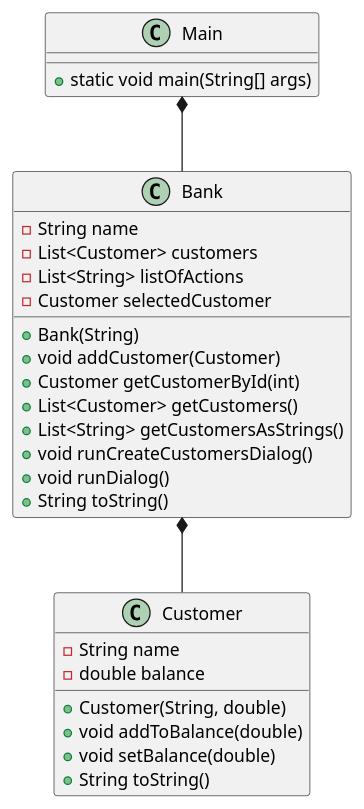
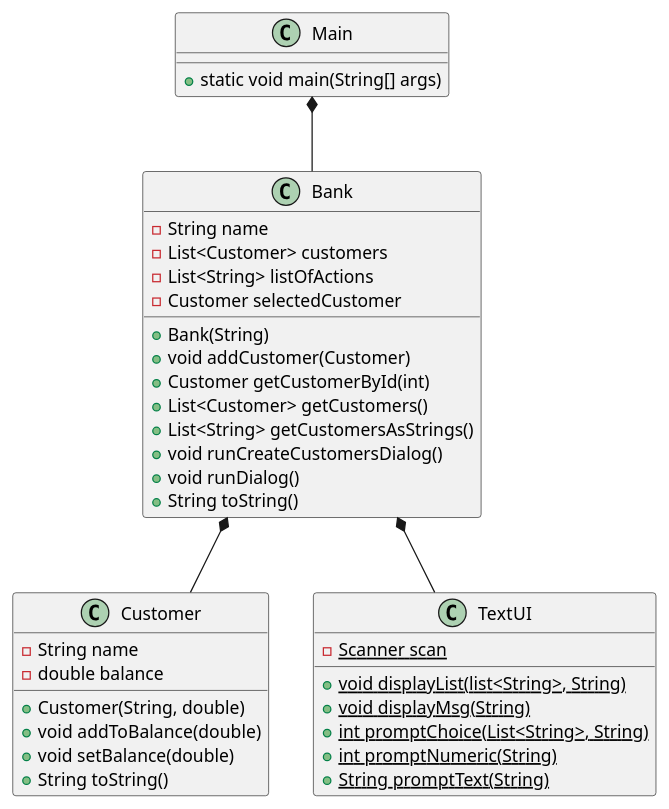
Before and after one commit to Dat1Cphbusiness/BankSystem: the diagram in doc/classdiagram.puml, drawn with PlantUML.

```diff
--- a/doc/classdiagram.puml
+++ b/doc/classdiagram.puml
@@ -1,36 +1,46 @@
 @startuml
 class Main{
  + static void main(String[] args)
 }
 
 class Bank{
  - String name
  - List<Customer> customers
  - List<String> listOfActions
  - Customer selectedCustomer
  + Bank(String)
  + void addCustomer(Customer)
  + Customer getCustomerById(int)
  + List<Customer> getCustomers()
  + List<String> getCustomersAsStrings()
  + void runCreateCustomersDialog()
  + void runDialog()
  + String toString()
 }
 
 class Customer{
  - String name
  - double balance
  + Customer(String, double)
  + void addToBalance(double)
  + void setBalance(double)
  + String toString()
 
 }
 
+class TextUI{
+ {static}- Scanner scan
+ {static}+ void displayList(list<String>, String)
+ {static}+ void displayMsg(String)
+ {static}+ int promptChoice(List<String>, String)
+ {static}+int promptNumeric(String)
+ {static}+ String promptText(String)
+
+}
 
 
 Main *-- Bank
 Bank *-- Customer
+Bank *-- TextUI
 
 @enduml
```
